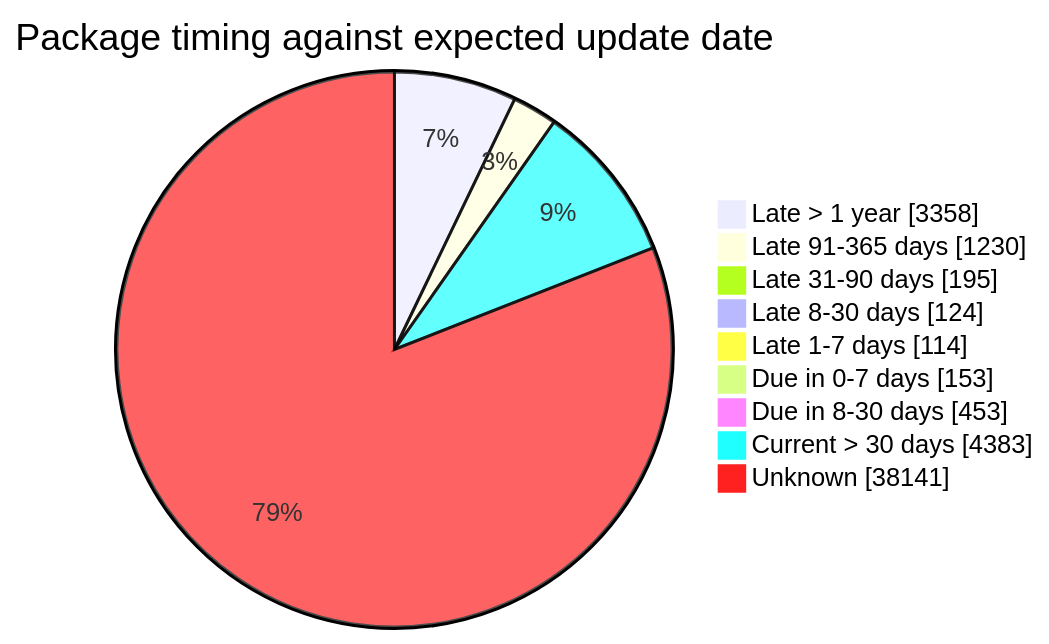
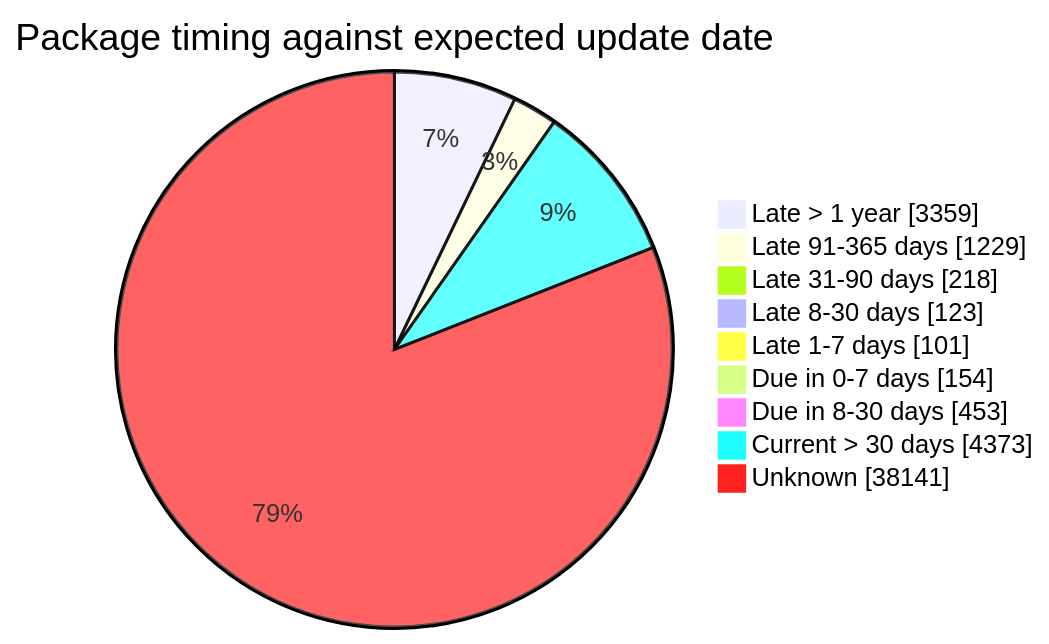
The fourth of 5 diagrams in FreshCheck/README.md (open-data/analytics-corporate-reporting), drawn with Mermaid before and after one commit. The commit also changed other lines of this file and 3 other files, not shown here.

````diff
--- a/FreshCheck/README.md
+++ b/FreshCheck/README.md
@@ -86,12 +86,12 @@
 ```mermaid
 pie showData title Package timing against expected update date
-    "Late > 1 year": 3358
-    "Late 91-365 days": 1230
-    "Late 31-90 days": 195
-    "Late 8-30 days": 124
-    "Late 1-7 days": 114
-    "Due in 0-7 days": 153
+    "Late > 1 year": 3359
+    "Late 91-365 days": 1229
+    "Late 31-90 days": 218
+    "Late 8-30 days": 123
+    "Late 1-7 days": 101
+    "Due in 0-7 days": 154
     "Due in 8-30 days": 453
-    "Current > 30 days": 4383
+    "Current > 30 days": 4373
     "Unknown": 38141
 ```
````
